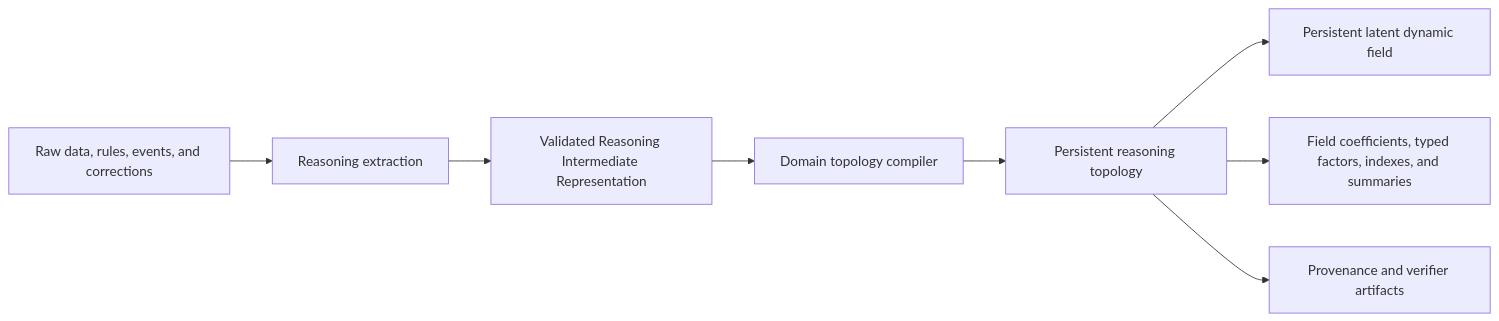
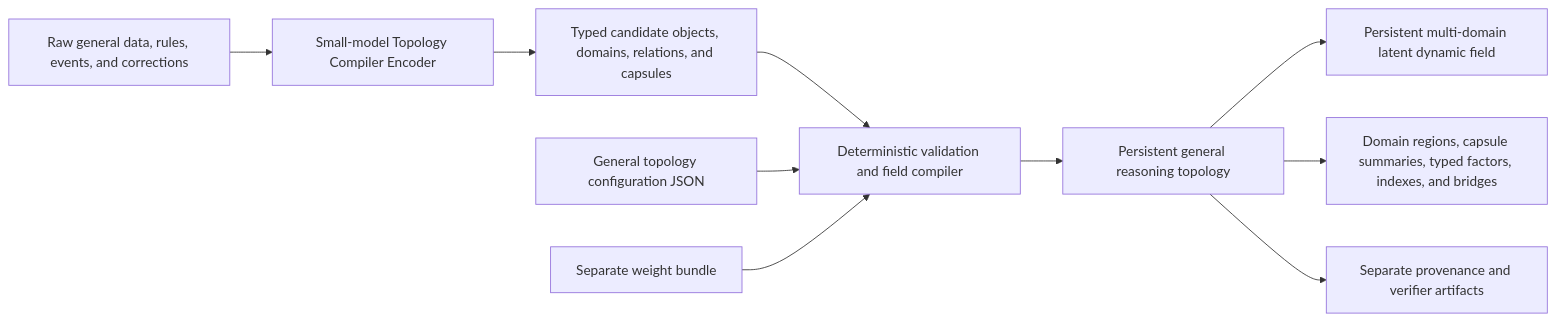
The first of 7 diagrams in docs/architecture.md (rishi-ie/LTM), drawn with Mermaid before and after one commit. The commit also changed other lines of this file and 2 other files, not shown here.

````diff
--- a/docs/architecture.md
+++ b/docs/architecture.md
@@ -29,16 +29,21 @@
 ```mermaid
 flowchart LR
-    A["Raw data, rules, events, and corrections"]
-    B["Reasoning extraction"]
-    C["Validated Reasoning Intermediate Representation"]
-    D["Domain topology compiler"]
-    E["Persistent reasoning topology"]
-    F["Persistent latent dynamic field"]
-    G["Field coefficients, typed factors, indexes, and summaries"]
-    H["Provenance and verifier artifacts"]
+    A["Raw general data, rules, events, and corrections"]
+    B["Small-model Topology Compiler Encoder"]
+    C["Typed candidate objects, domains, relations, and capsules"]
+    D["General topology configuration JSON"]
+    W["Separate weight bundle"]
+    E["Deterministic validation and field compiler"]
+    T["Persistent general reasoning topology"]
+    F["Persistent multi-domain latent dynamic field"]
+    G["Domain regions, capsule summaries, typed factors, indexes, and bridges"]
+    H["Separate provenance and verifier artifacts"]
 
-    A --> B --> C --> D --> E
-    E --> F
-    E --> G
-    E --> H
+    A --> B --> C --> E
+    D --> E
+    W --> E
+    E --> T
+    T --> F
+    T --> G
+    T --> H
 ```
````
